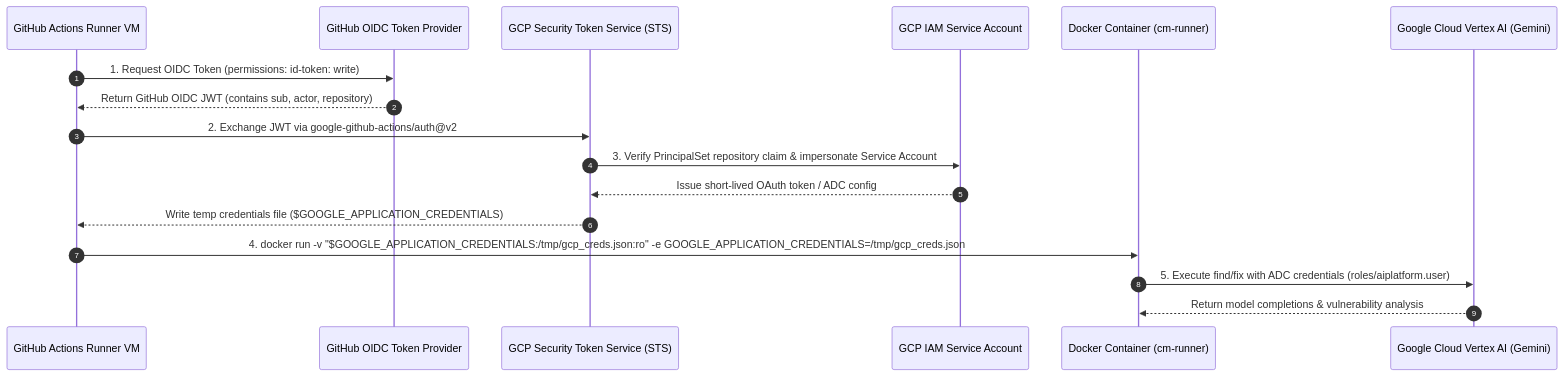
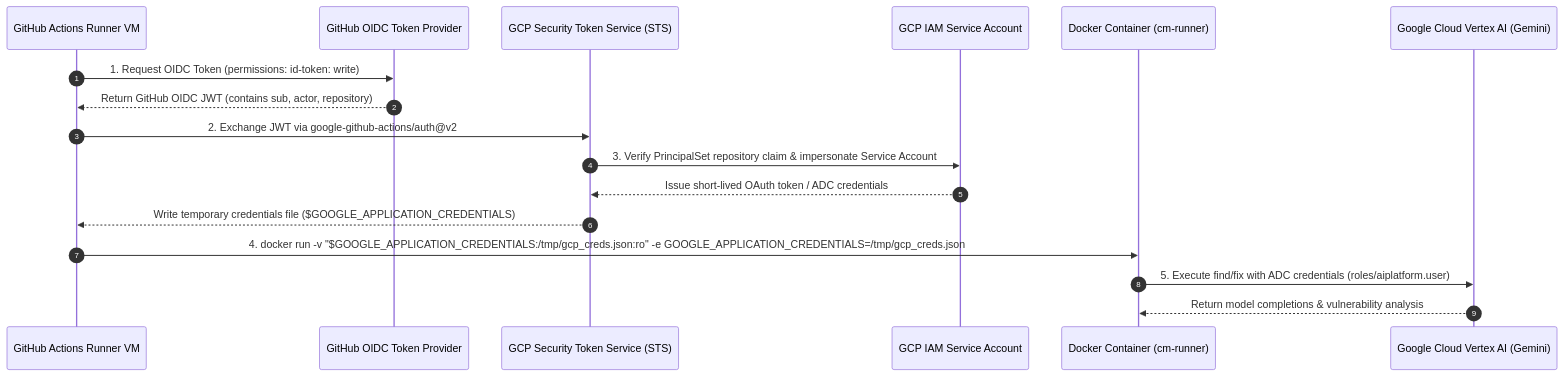
The second of 2 diagrams in github-actions/README.md (cledoux/cm-connect), drawn with Mermaid before and after one commit. The commit also changed other lines of this file, not shown here.

````diff
--- a/github-actions/README.md
+++ b/github-actions/README.md
@@ -162,20 +259,20 @@
 ```mermaid
 sequenceDiagram
     autonumber
     participant GHA as GitHub Actions Runner VM
     participant OIDC as GitHub OIDC Token Provider
     participant STS as GCP Security Token Service (STS)
     participant IAM as GCP IAM Service Account
     participant Container as Docker Container (cm-runner)
     participant Vertex as Google Cloud Vertex AI (Gemini)
 
     GHA->>OIDC: 1. Request OIDC Token (permissions: id-token: write)
     OIDC-->>GHA: Return GitHub OIDC JWT (contains sub, actor, repository)
     GHA->>STS: 2. Exchange JWT via google-github-actions/auth@v2
     STS->>IAM: 3. Verify PrincipalSet repository claim & impersonate Service Account
-    IAM-->>STS: Issue short-lived OAuth token / ADC config
-    STS-->>GHA: Write temp credentials file ($GOOGLE_APPLICATION_CREDENTIALS)
+    IAM-->>STS: Issue short-lived OAuth token / ADC credentials
+    STS-->>GHA: Write temporary credentials file ($GOOGLE_APPLICATION_CREDENTIALS)
     GHA->>Container: 4. docker run -v "$GOOGLE_APPLICATION_CREDENTIALS:/tmp/gcp_creds.json:ro" -e GOOGLE_APPLICATION_CREDENTIALS=/tmp/gcp_creds.json
     Container->>Vertex: 5. Execute find/fix with ADC credentials (roles/aiplatform.user)
     Vertex-->>Container: Return model completions & vulnerability analysis
 ```
````
